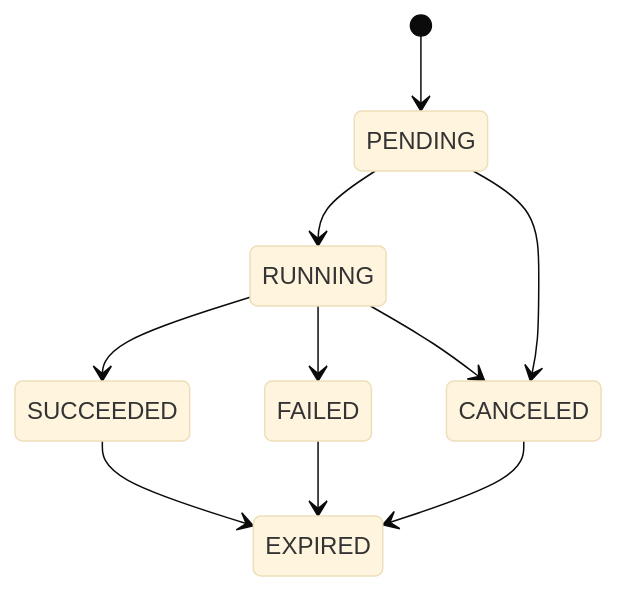
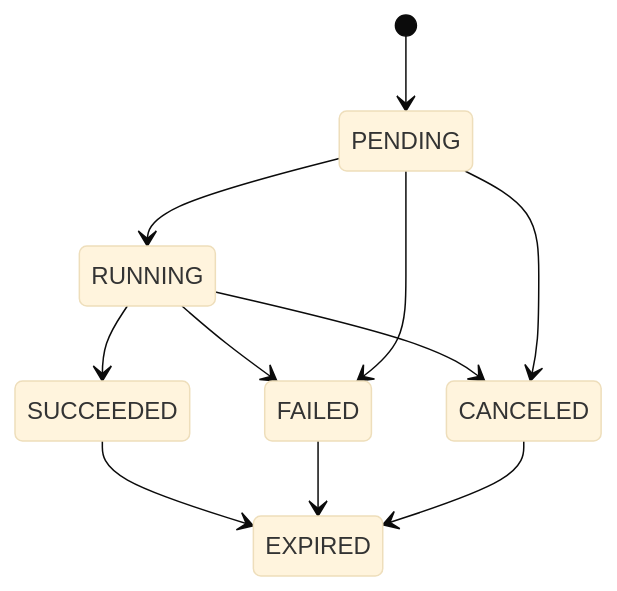
Before and after one commit to ekalinin/dbbridge: the second of 2 diagrams in docs/spec.md, drawn with Mermaid (base theme). The commit also changed other lines of this file, not shown here.

First line of the commit message:
docs(spec): correct the state diagram and the configuration example

````diff
--- a/docs/spec.md
+++ b/docs/spec.md
@@ -44,12 +44,13 @@
 ```mermaid
 stateDiagram-v2
   [*] --> PENDING
   PENDING --> RUNNING
   RUNNING --> SUCCEEDED
   RUNNING --> FAILED
   RUNNING --> CANCELED
   PENDING --> CANCELED
+  PENDING --> FAILED
   SUCCEEDED --> EXPIRED
   FAILED --> EXPIRED
   CANCELED --> EXPIRED
 ```
````
